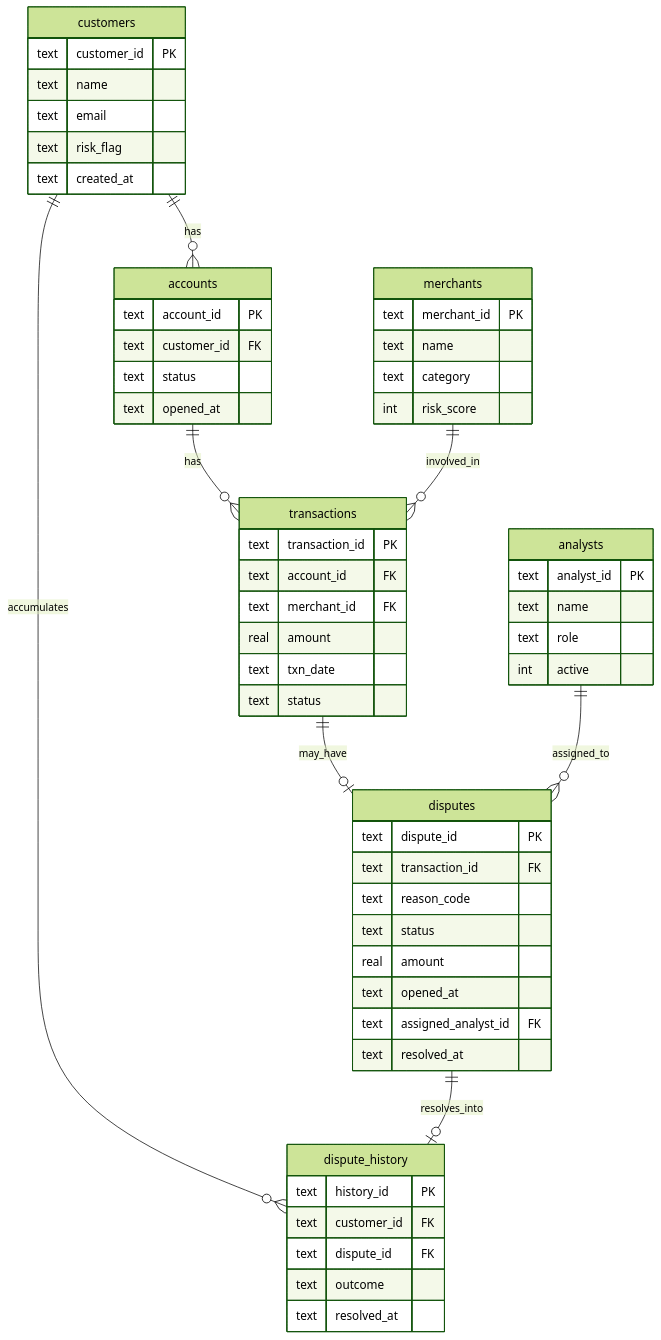
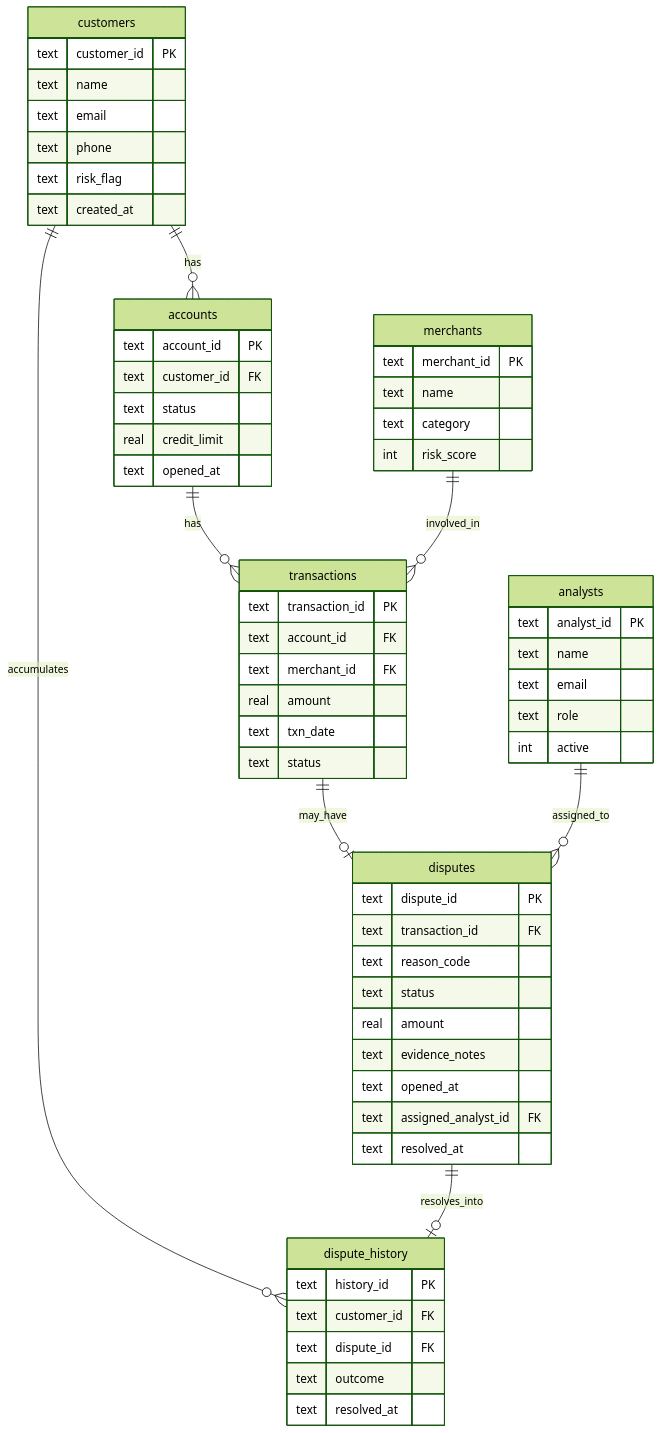
One commit to Sterling-Vance-Bank-A/Sterling-Vance-Bank-A-Card-Dispute-Chargeback-Processing changed the diagram in db/ERD.md. Above: the diagram before and after it, drawn with Mermaid (forest theme).

Commit message:
Sync ERD with schema — add missing phone, email, credit_limit, evidence_notes columns

````diff
--- a/db/ERD.md
+++ b/db/ERD.md
@@ -3,67 +3,71 @@
 ```mermaid
 erDiagram
     customers ||--o{ accounts : "has"
     customers ||--o{ dispute_history : "accumulates"
     accounts ||--o{ transactions : "has"
     merchants ||--o{ transactions : "involved_in"
     transactions ||--o| disputes : "may_have"
     analysts ||--o{ disputes : "assigned_to"
     disputes ||--o| dispute_history : "resolves_into"
 
     customers {
         text customer_id PK
         text name
         text email
+        text phone
         text risk_flag
         text created_at
     }
 
     analysts {
         text analyst_id PK
         text name
+        text email
         text role
         int active
     }
 
     merchants {
         text merchant_id PK
         text name
         text category
         int risk_score
     }
 
     accounts {
         text account_id PK
         text customer_id FK
         text status
+        real credit_limit
         text opened_at
     }
 
     transactions {
         text transaction_id PK
         text account_id FK
         text merchant_id FK
         real amount
         text txn_date
         text status
     }
 
     disputes {
         text dispute_id PK
         text transaction_id FK
         text reason_code
         text status
         real amount
+        text evidence_notes
         text opened_at
         text assigned_analyst_id FK
         text resolved_at
     }
 
     dispute_history {
         text history_id PK
         text customer_id FK
         text dispute_id FK
         text outcome
         text resolved_at
     }
 ```
````
